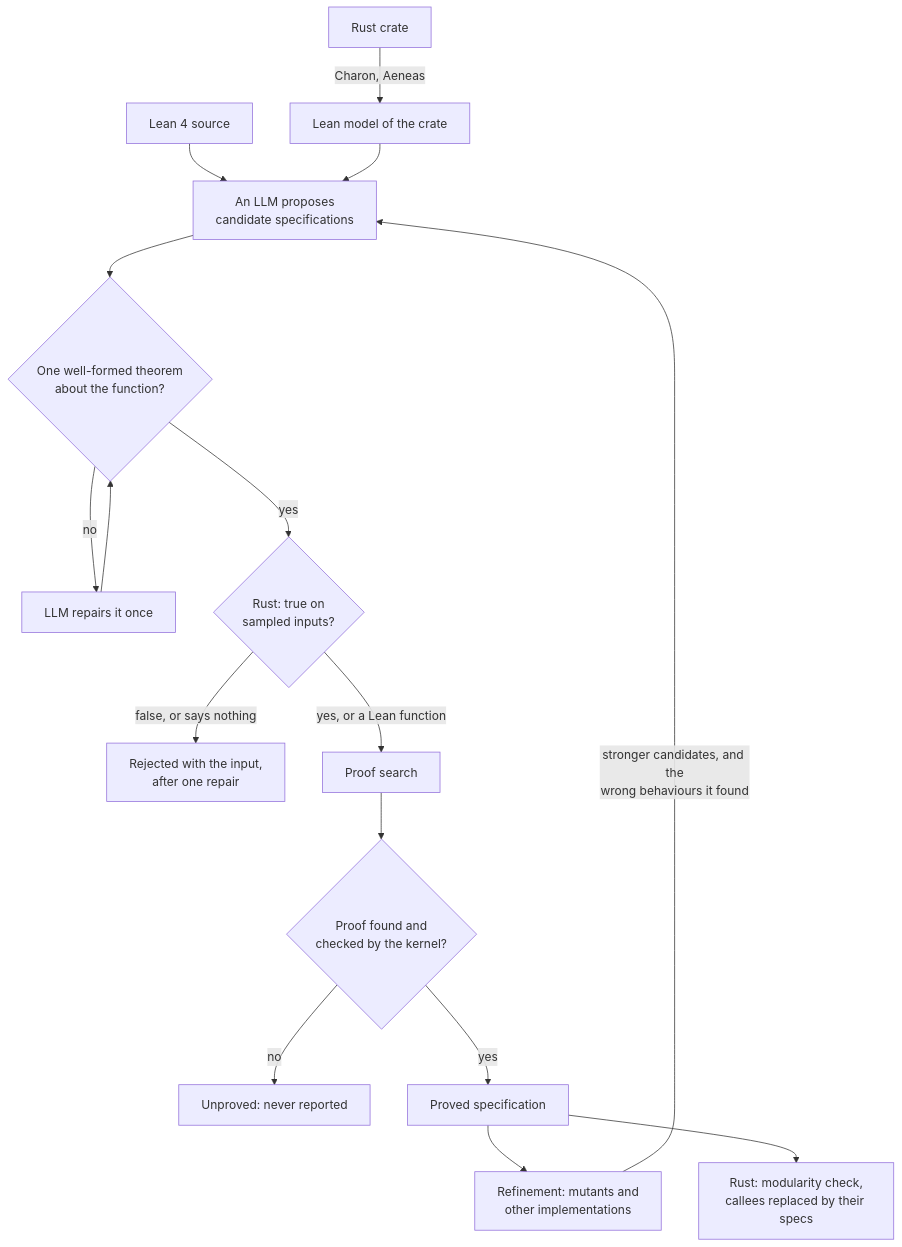
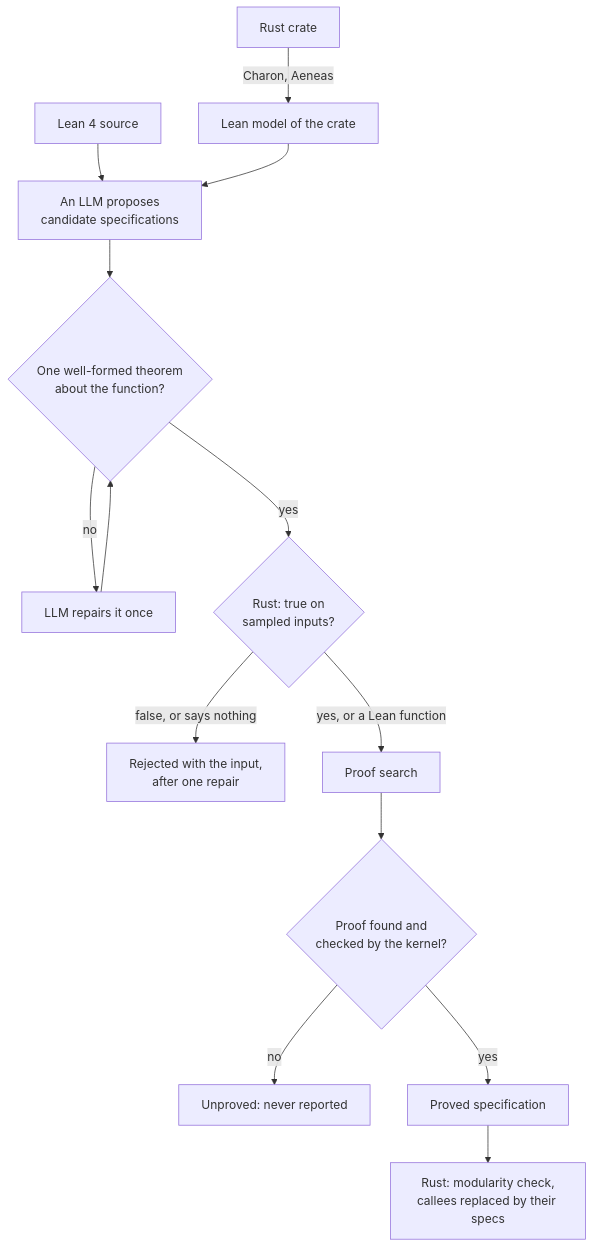
One commit to Isabelle9999/lean-spec-syn changed the diagram in README.md. Above: the diagram before and after it, drawn with Mermaid. The commit also changed other lines of this file and 19 other files, not shown here.

First line of the commit message:
synth: the old mutation stage is off, as planned: no refinement from mutants, no mutation score

````diff
--- a/README.md
+++ b/README.md
@@ -14,18 +14,16 @@
 ```mermaid
 flowchart TD
     R[Rust crate] -->|Charon, Aeneas| M[Lean model of the crate]
     L[Lean 4 source] --> G
     M --> G[An LLM proposes<br/>candidate specifications]
     G --> W{One well-formed theorem<br/>about the function?}
     W -- no --> F1[LLM repairs it once]
     F1 --> W
     W -- yes --> B{Rust: true on<br/>sampled inputs?}
     B -- false, or says nothing --> X[Rejected with the input,<br/>after one repair]
     B -- yes, or a Lean function --> P[Proof search]
     P --> K{Proof found and<br/>checked by the kernel?}
     K -- no --> U[Unproved: never reported]
     K -- yes --> S[Proved specification]
-    S --> F[Refinement: mutants and<br/>other implementations]
-    F -- stronger candidates, and the<br/>wrong behaviours it found --> G
     S --> C[Rust: modularity check,<br/>callees replaced by their specs]
 ```
````
